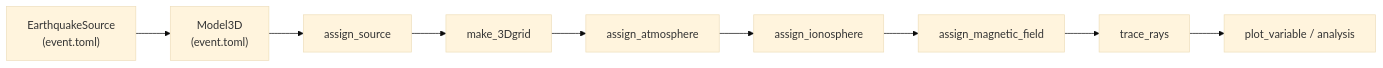
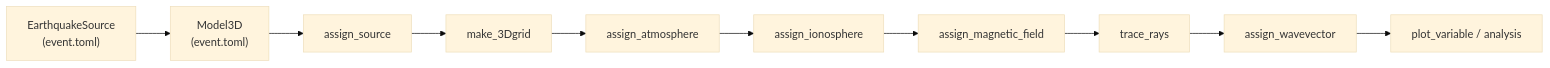
Before and after one commit to dylanmikesell/PyIonoSeis: the second of 2 diagrams in docs/model.md, drawn with Mermaid (base theme). The commit also changed other lines of this file and 10 other files, not shown here.

````diff
--- a/docs/model.md
+++ b/docs/model.md
@@ -41,11 +41,12 @@
 ```mermaid
 flowchart LR
     A["EarthquakeSource\n(event.toml)"] --> B["Model3D\n(event.toml)"]
     B --> C[assign_source]
     C --> D[make_3Dgrid]
     D --> E[assign_atmosphere]
     E --> F[assign_ionosphere]
     F --> G[assign_magnetic_field]
     G --> H[trace_rays]
-    H --> I[plot_variable / analysis]
+    H --> I[assign_wavevector]
+    I --> J[plot_variable / analysis]
 ```
````
